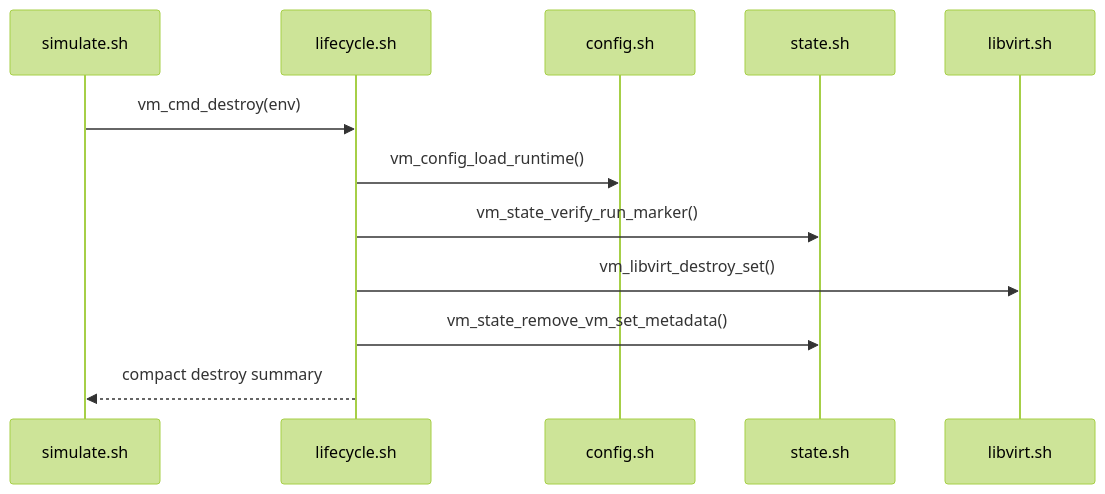
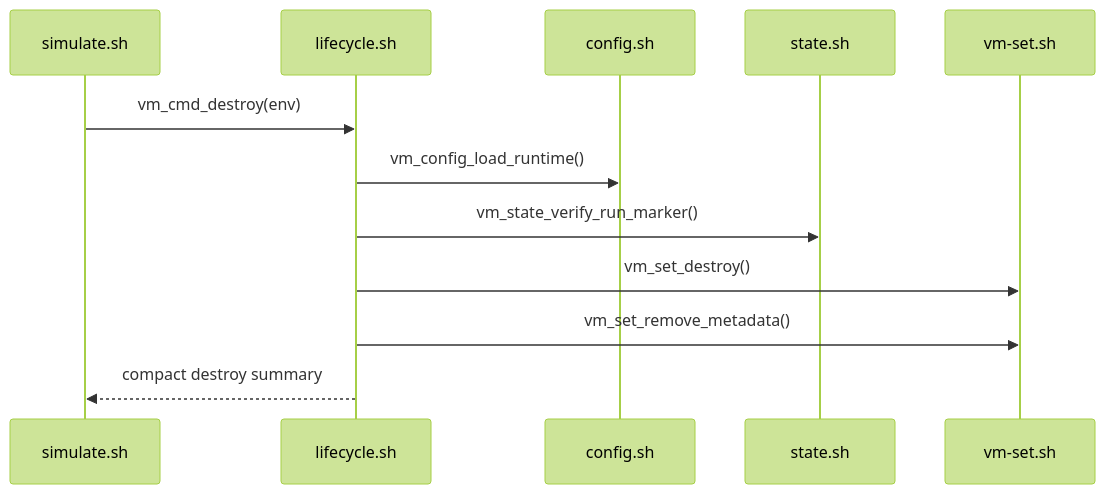
Before and after one commit to NoNine/loopforge: diagram 18 of 19 in simulation/vm/sequences.md, drawn with Mermaid (forest theme). The commit also changed other lines of this file and 18 other files, not shown here.

````diff
--- a/simulation/vm/sequences.md
+++ b/simulation/vm/sequences.md
@@ -356,15 +364,15 @@
 ```mermaid
 sequenceDiagram
   participant CLI as simulate.sh
   participant LC as lifecycle.sh
   participant CFG as config.sh
   participant ST as state.sh
-  participant LV as libvirt.sh
+  participant SET as vm-set.sh
 
   CLI->>LC: vm_cmd_destroy(env)
   LC->>CFG: vm_config_load_runtime()
   LC->>ST: vm_state_verify_run_marker()
-  LC->>LV: vm_libvirt_destroy_set()
-  LC->>ST: vm_state_remove_vm_set_metadata()
+  LC->>SET: vm_set_destroy()
+  LC->>SET: vm_set_remove_metadata()
   LC-->>CLI: compact destroy summary
 ```
````
